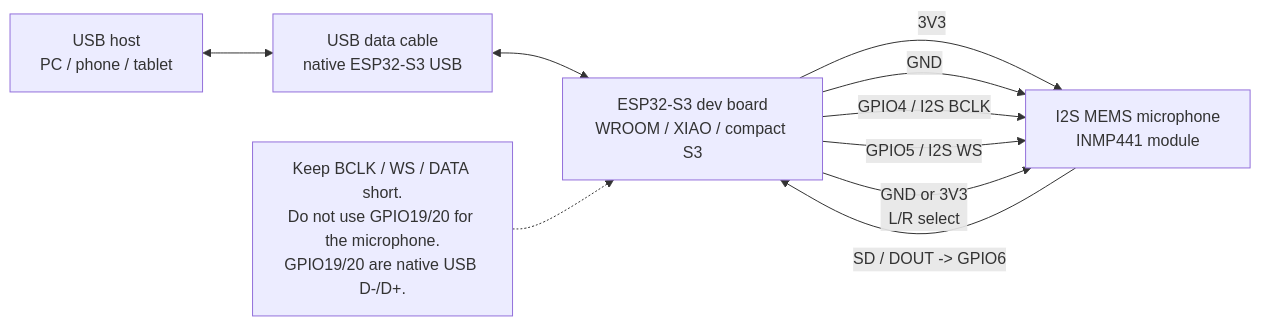
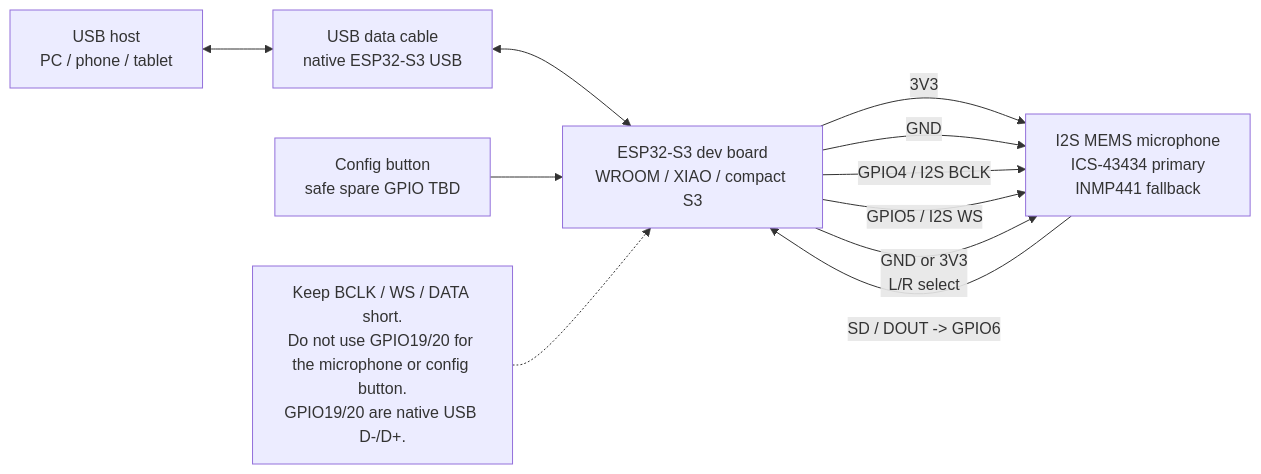
One commit to ffreitasb/phonemefree-unplugged changed the first of 2 diagrams in docs/hardware/SCHEMATIC_CONCEPT.md. Above: the diagram before and after it, drawn with Mermaid. The commit also changed other lines of this file and 9 other files, not shown here.

````diff
--- a/docs/hardware/SCHEMATIC_CONCEPT.md
+++ b/docs/hardware/SCHEMATIC_CONCEPT.md
@@ -37,20 +38,22 @@
 ```mermaid
 flowchart LR
     HOST["USB host<br/>PC / phone / tablet"]
     USB["USB data cable<br/>native ESP32-S3 USB"]
     MCU["ESP32-S3 dev board<br/>WROOM / XIAO / compact S3"]
-    MIC["I2S MEMS microphone<br/>INMP441 module"]
+    MIC["I2S MEMS microphone<br/>ICS-43434 primary<br/>INMP441 fallback"]
+    BTN["Config button<br/>safe spare GPIO TBD"]
 
     HOST <--> USB
     USB <--> MCU
 
     MCU -- "3V3" --> MIC
     MCU -- "GND" --> MIC
     MCU -- "GPIO4 / I2S BCLK" --> MIC
     MCU -- "GPIO5 / I2S WS" --> MIC
     MIC -- "SD / DOUT -> GPIO6" --> MCU
     MCU -- "GND or 3V3<br/>L/R select" --> MIC
+    BTN --> MCU
 
-    note1["Keep BCLK / WS / DATA short.<br/>Do not use GPIO19/20 for the microphone.<br/>GPIO19/20 are native USB D-/D+."]
+    note1["Keep BCLK / WS / DATA short.<br/>Do not use GPIO19/20 for the microphone or config button.<br/>GPIO19/20 are native USB D-/D+."]
     note1 -.-> MCU
 ```
````
